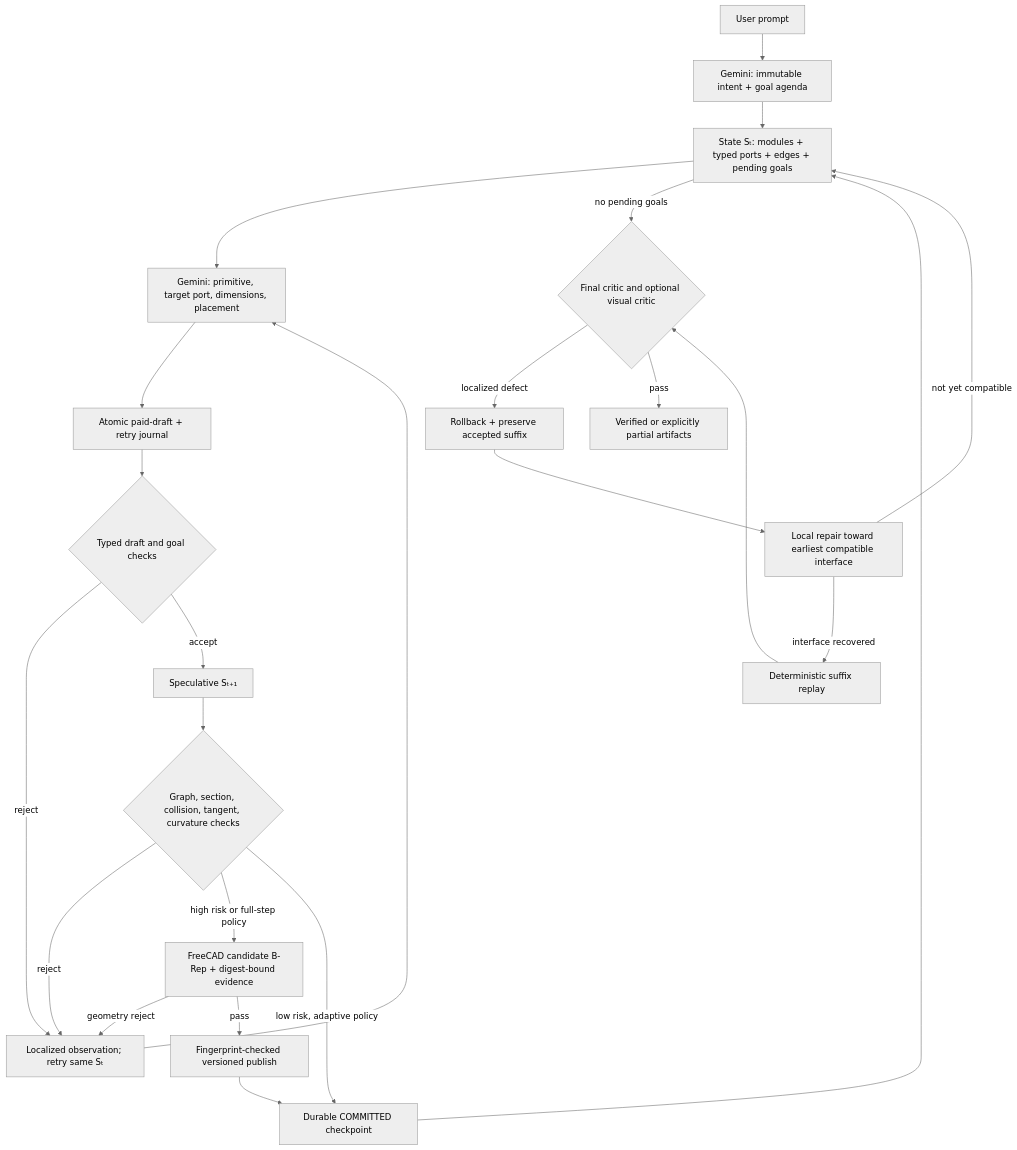
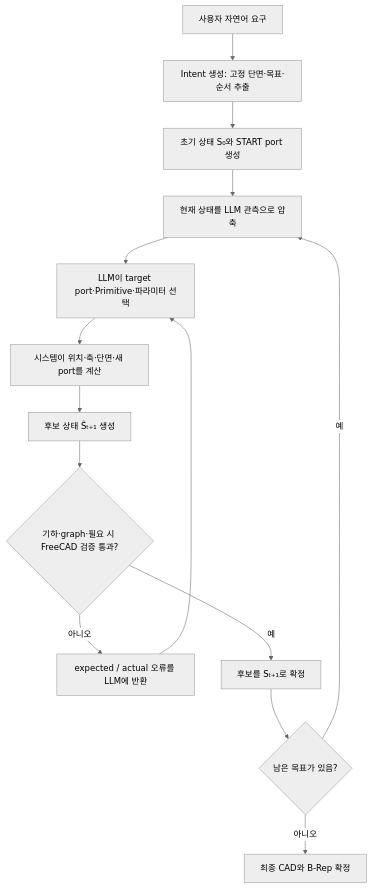
One commit to outblack/LLM2CAD changed the diagram in README.md. Above: the diagram before and after it, drawn with Mermaid (neutral theme). The commit also changed other lines of this file and 264 other files, not shown here.

````diff
--- a/README.md
+++ b/README.md
@@ -251,26 +28,16 @@
 ```mermaid
 flowchart TD
-    U["User prompt"] --> I["Gemini: immutable intent + goal agenda"]
-    I --> S["State Sₜ: modules + typed ports + edges + pending goals"]
-    S --> A["Gemini: primitive, target port, dimensions, placement"]
-    A --> J["Atomic paid-draft + retry journal"]
-    J --> D{"Typed draft and goal checks"}
-    D -->|reject| LR["Localized observation; retry same Sₜ"]
-    LR --> A
-    D -->|accept| X["Speculative Sₜ₊₁"]
-    X --> V{"Graph, section, collision, tangent, curvature checks"}
-    V -->|reject| LR
-    V -->|high risk or full-step policy| F["FreeCAD candidate B-Rep + digest-bound evidence"]
-    V -->|low risk, adaptive policy| C
-    F -->|geometry reject| LR
-    F -->|pass| P["Fingerprint-checked versioned publish"]
-    P --> C["Durable COMMITTED checkpoint"]
-    C --> S
-    S -->|no pending goals| FC{"Final critic and optional visual critic"}
-    FC -->|localized defect| R["Rollback + preserve accepted suffix"]
-    R --> L["Local repair toward earliest compatible interface"]
-    L -->|interface recovered| RR["Deterministic suffix replay"]
-    L -->|not yet compatible| S
-    RR --> FC
-    FC -->|pass| O["Verified or explicitly partial artifacts"]
+    U["사용자 자연어 요구"] --> I["Intent 생성: 고정 단면·목표·순서 추출"]
+    I --> S0["초기 상태 S₀와 START port 생성"]
+    S0 --> O["현재 상태를 LLM 관측으로 압축"]
+    O --> L["LLM이 target port·Primitive·파라미터 선택"]
+    L --> R["시스템이 위치·축·단면·새 port를 계산"]
+    R --> C["후보 상태 Ŝₜ₊₁ 생성"]
+    C --> V{"기하·graph·필요 시 FreeCAD 검증 통과?"}
+    V -->|아니오| E["expected / actual 오류를 LLM에 반환"]
+    E --> L
+    V -->|예| M["후보를 Sₜ₊₁로 확정"]
+    M --> Q{"남은 목표가 있음?"}
+    Q -->|예| O
+    Q -->|아니오| F["최종 CAD와 B-Rep 확정"]
 ```
````
